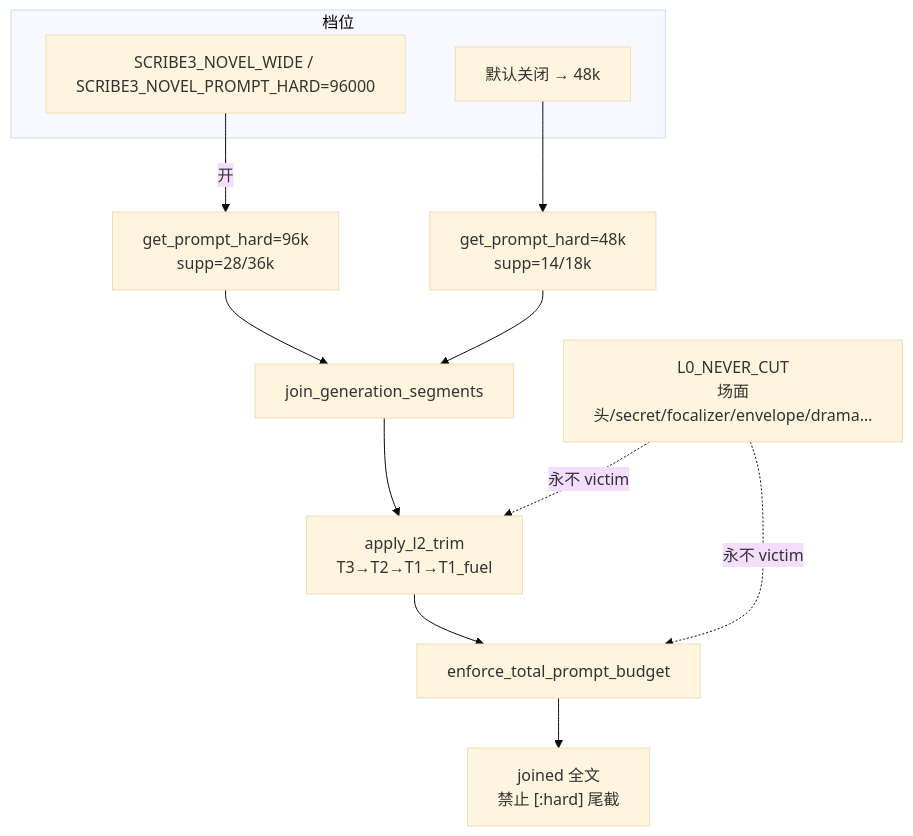
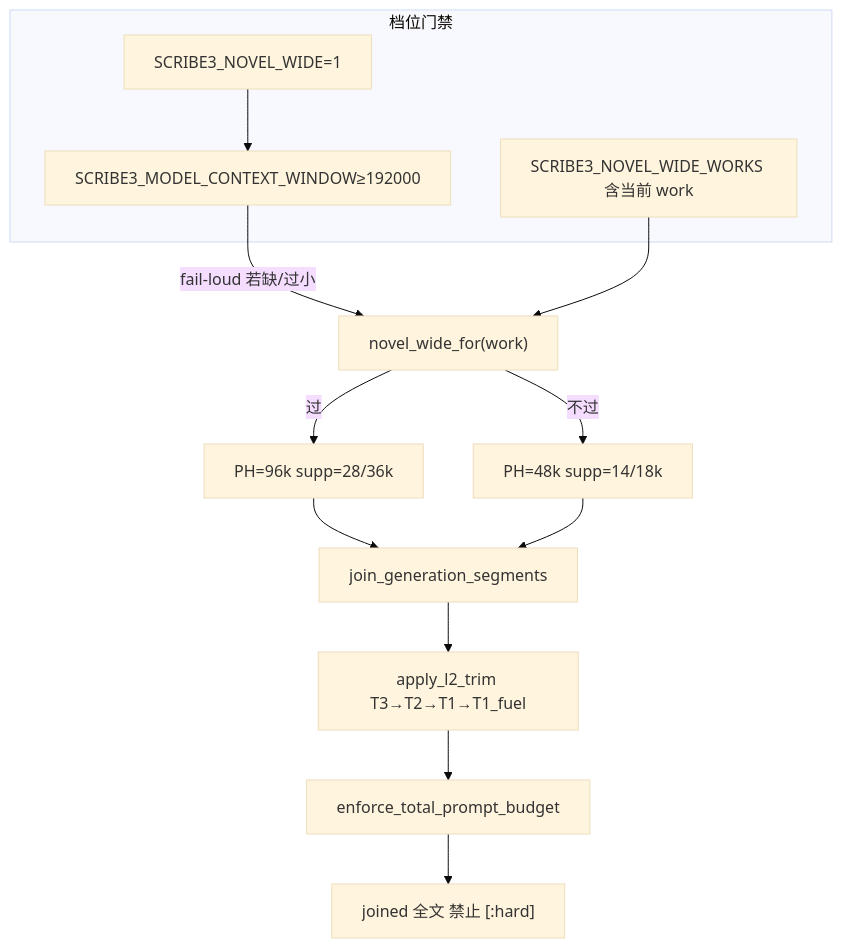
Before and after one commit to liuwenpinghaher-commits/scribe-writing-system: the diagram in docs/plans/2026-08-13-budget-context-optimal.md, drawn with Mermaid (base theme). The commit also changed other lines of this file, not shown here.

First line of the commit message:
docs(context): rev.2 budget-context-optimal after design review

````diff
--- a/docs/plans/2026-08-13-budget-context-optimal.md
+++ b/docs/plans/2026-08-13-budget-context-optimal.md
@@ -205,16 +226,18 @@
 ```mermaid
 flowchart TB
-  subgraph flags["档位"]
-    ENV["SCRIBE3_NOVEL_WIDE / SCRIBE3_NOVEL_PROMPT_HARD=96000"]
-    DEF["默认关闭 → 48k"]
+  subgraph flags["档位门禁"]
+    WIDEFLAG["SCRIBE3_NOVEL_WIDE=1"]
+    WIN["SCRIBE3_MODEL_CONTEXT_WINDOW≥192000"]
+    WL["SCRIBE3_NOVEL_WIDE_WORKS 含当前 work"]
   end
-  ENV -->|开| WIDE["get_prompt_hard=96k\nsupp=28/36k"]
-  DEF --> NARROW["get_prompt_hard=48k\nsupp=14/18k"]
+  WIDEFLAG --> WIN
+  WIN -->|fail-loud 若缺/过小| GATE["novel_wide_for(work)"]
+  WL --> GATE
+  GATE -->|过| WIDE["PH=96k supp=28/36k"]
+  GATE -->|不过| NARROW["PH=48k supp=14/18k"]
   WIDE --> JOIN["join_generation_segments"]
   NARROW --> JOIN
-  JOIN --> L2["apply_l2_trim\nT3→T2→T1→T1_fuel"]
+  JOIN --> L2["apply_l2_trim T3→T2→T1→T1_fuel"]
   L2 --> O1["enforce_total_prompt_budget"]
-  O1 --> OUT["joined 全文\n禁止 [:hard] 尾截"]
-  L0["L0_NEVER_CUT\n场面头/secret/focalizer/envelope/drama…"] -.->|永不 victim| L2
-  L0 -.->|永不 victim| O1
+  O1 --> OUT["joined 全文 禁止 [:hard]"]
 ```
````
